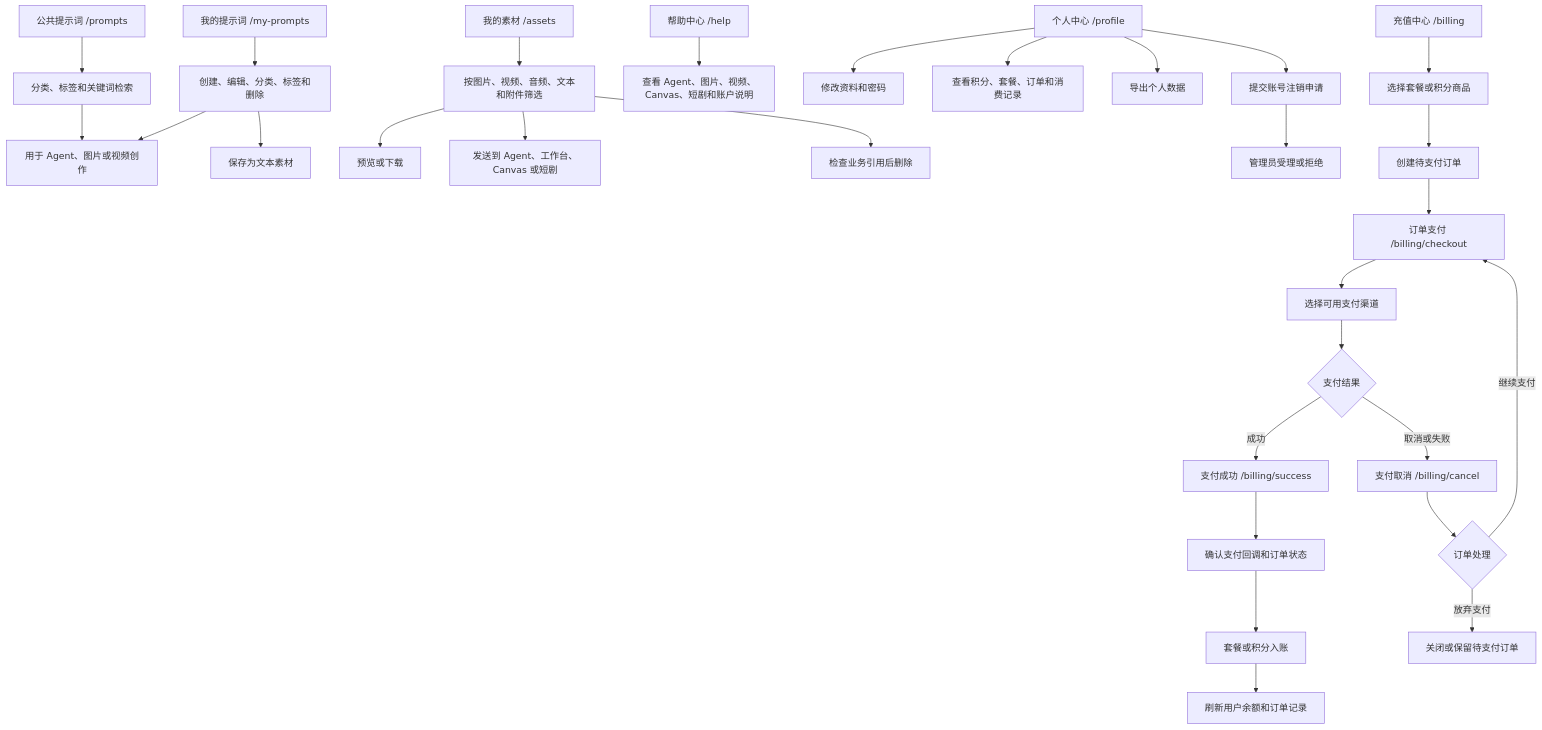
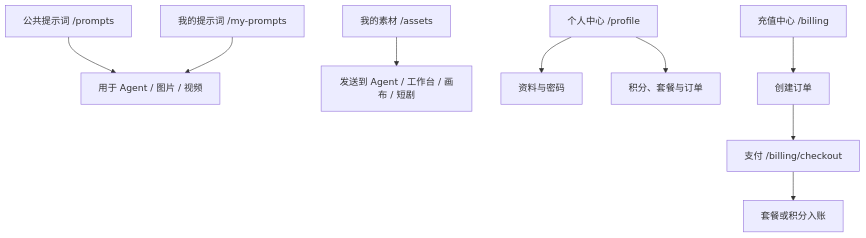
Before and after one commit to jiujiu532/JoveCanvas: the sixth of 9 diagrams in README.md, drawn with Mermaid. The commit also changed other lines of this file and 1 other file, not shown here.

First line of the commit message:
docs: README 品牌改为 JoveCanvas 并清理上游痕迹

````diff
--- a/README.md
+++ b/README.md
@@ -223,38 +209,12 @@
 ```mermaid
 flowchart TB
-    PROMPTS["公共提示词 /prompts"] --> FIND["分类、标签和关键词检索"]
-    FIND --> USE["用于 Agent、图片或视频创作"]
+    PROMPTS["公共提示词 /prompts"] --> USE["用于 Agent / 图片 / 视频"]
+    MY["我的提示词 /my-prompts"] --> USE
+    ASSETS["我的素材 /assets"] --> CONTINUE["发送到 Agent / 工作台 / 画布 / 短剧"]
 
-    MY["我的提示词 /my-prompts"] --> MANAGE["创建、编辑、分类、标签和删除"]
-    MANAGE --> SAVE_ASSET["保存为文本素材"]
-    MANAGE --> USE
-
-    ASSETS["我的素材 /assets"] --> FILTER["按图片、视频、音频、文本和附件筛选"]
-    FILTER --> PREVIEW["预览或下载"]
-    FILTER --> CONTINUE["发送到 Agent、工作台、Canvas 或短剧"]
-    FILTER --> DELETE["检查业务引用后删除"]
-
-    HELP["帮助中心 /help"] --> GUIDE["查看 Agent、图片、视频、Canvas、短剧和账户说明"]
-
-    PROFILE["个人中心 /profile"] --> INFO["修改资料和密码"]
-    PROFILE --> RIGHTS["查看积分、套餐、订单和消费记录"]
-    PROFILE --> EXPORT["导出个人数据"]
-    PROFILE --> CANCEL_ACCOUNT["提交账号注销申请"]
-    CANCEL_ACCOUNT --> ADMIN_REVIEW["管理员受理或拒绝"]
-
-    BILLING["充值中心 /billing"] --> PRODUCT["选择套餐或积分商品"]
-    PRODUCT --> ORDER["创建待支付订单"]
-    ORDER --> CHECKOUT["订单支付 /billing/checkout"]
-    CHECKOUT --> CHANNEL["选择可用支付渠道"]
-    CHANNEL --> PAY{"支付结果"}
-
-    PAY -->|成功| SUCCESS["支付成功 /billing/success"]
-    SUCCESS --> CONFIRM["确认支付回调和订单状态"]
-    CONFIRM --> GRANT["套餐或积分入账"]
-    GRANT --> REFRESH["刷新用户余额和订单记录"]
-
-    PAY -->|取消或失败| CANCEL["支付取消 /billing/cancel"]
-    CANCEL --> CHOICE{"订单处理"}
-    CHOICE -->|继续支付| CHECKOUT
-    CHOICE -->|放弃支付| CLOSE["关闭或保留待支付订单"]
+    PROFILE["个人中心 /profile"] --> INFO["资料与密码"]
+    PROFILE --> RIGHTS["积分、套餐与订单"]
+    BILLING["充值中心 /billing"] --> ORDER["创建订单"]
+    ORDER --> CHECKOUT["支付 /billing/checkout"]
+    CHECKOUT --> GRANT["套餐或积分入账"]
 ```
````
